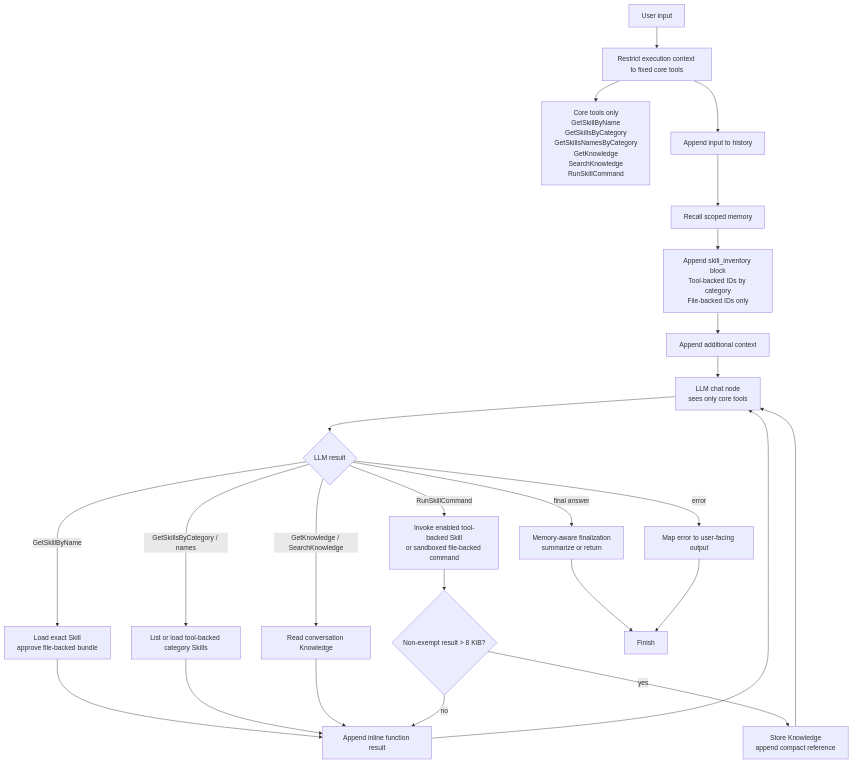
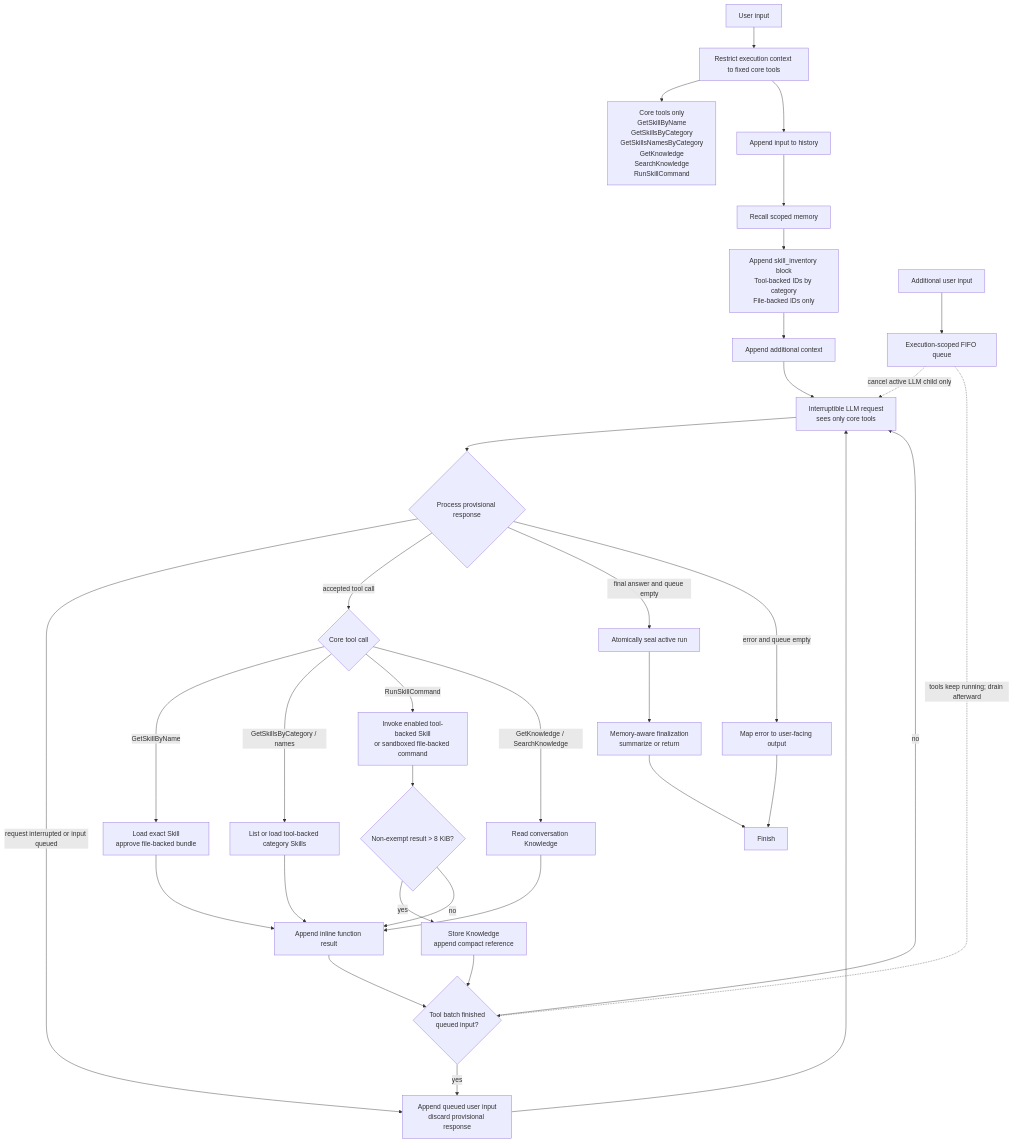
The third of 5 diagrams in README.md (D00mch/souz), drawn with Mermaid before and after one commit. The commit also changed other lines of this file and 3 other files, not shown here.

````diff
--- a/README.md
+++ b/README.md
@@ -172,30 +172,42 @@
 ```mermaid
 flowchart TD
     input["User input"] --> boundary["Restrict execution context to fixed core tools"]
     boundary --> coreTools["Core tools only\nGetSkillByName\nGetSkillsByCategory\nGetSkillsNamesByCategory\nGetKnowledge\nSearchKnowledge\nRunSkillCommand"]
     boundary --> history["Append input to history"]
     history --> memory["Recall scoped memory"]
     memory --> inventory["Append skill_inventory block\nTool-backed IDs by category\nFile-backed IDs only"]
     inventory --> enrich["Append additional context"]
-    enrich --> llm["LLM chat node\nsees only core tools"]
-    llm --> decision{"LLM result"}
+    enrich --> llm["Interruptible LLM request\nsees only core tools"]
 
-    decision -->|GetSkillByName| lookup["Load exact Skill\napprove file-backed bundle"]
-    decision -->|GetSkillsByCategory / names| categories["List or load tool-backed category Skills"]
-    decision -->|RunSkillCommand| command["Invoke enabled tool-backed Skill\nor sandboxed file-backed command"]
-    decision -->|GetKnowledge / SearchKnowledge| knowledge["Read conversation Knowledge"]
-    decision -->|final answer| summary["Memory-aware finalization\nsummarize or return"]
-    decision -->|error| errorNode["Map error to user-facing output"]
+    additionalInput["Additional user input"] --> queue["Execution-scoped FIFO queue"]
+    queue -.->|cancel active LLM child only| llm
+
+    llm --> decision{"Process provisional response"}
+    decision -->|request interrupted or input queued| appendQueued["Append queued user input\ndiscard provisional response"]
+    appendQueued --> llm
+
+    decision -->|accepted tool call| toolCall{"Core tool call"}
+    toolCall -->|GetSkillByName| lookup["Load exact Skill\napprove file-backed bundle"]
+    toolCall -->|GetSkillsByCategory / names| categories["List or load tool-backed category Skills"]
+    toolCall -->|RunSkillCommand| command["Invoke enabled tool-backed Skill\nor sandboxed file-backed command"]
+    toolCall -->|GetKnowledge / SearchKnowledge| knowledge["Read conversation Knowledge"]
+
+    decision -->|final answer and queue empty| seal["Atomically seal active run"]
+    decision -->|error and queue empty| errorNode["Map error to user-facing output"]
 
     lookup --> append["Append inline function result"]
     categories --> append
     knowledge --> append
     command --> offload{"Non-exempt result > 8 KiB?"}
     offload -->|yes| reference["Store Knowledge\nappend compact reference"]
     offload -->|no| append
-    reference --> llm
-    append --> llm
+    reference --> afterTools{"Tool batch finished\nqueued input?"}
+    append --> afterTools
+    queue -.->|tools keep running; drain afterward| afterTools
+    afterTools -->|yes| appendQueued
+    afterTools -->|no| llm
 
+    seal --> summary["Memory-aware finalization\nsummarize or return"]
     summary --> finish["Finish"]
     errorNode --> finish
 ```
````
